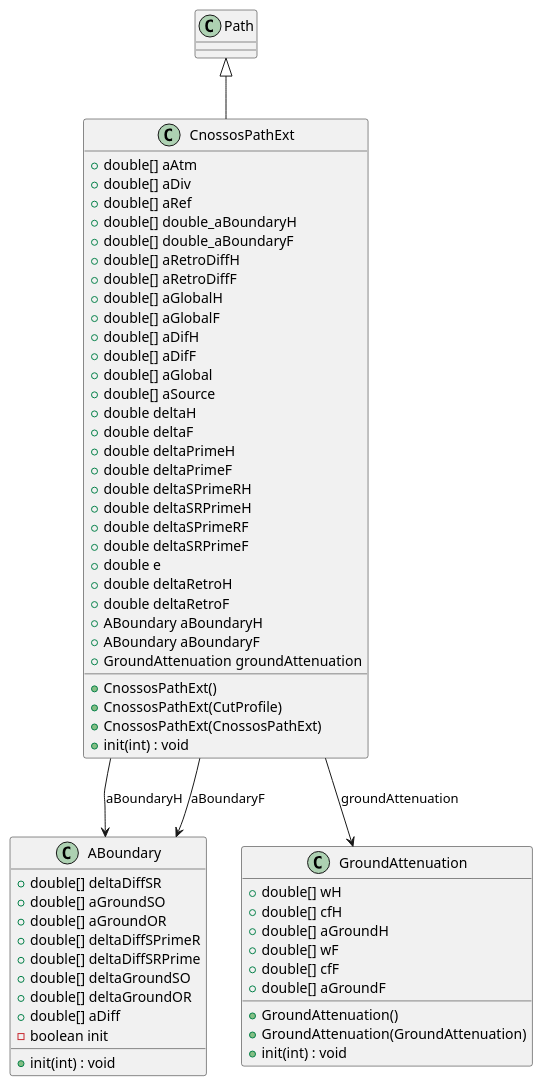
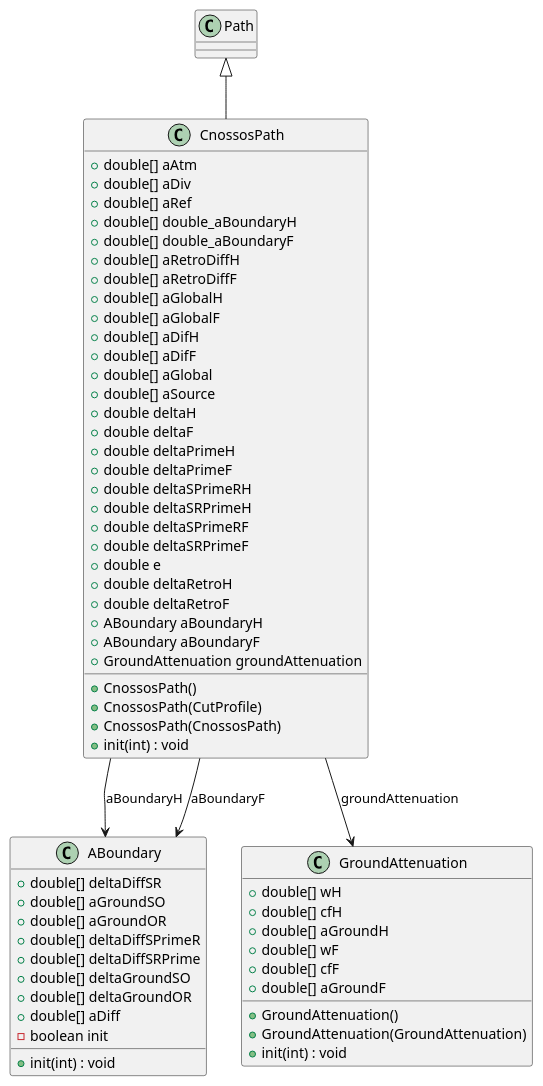
Before and after one commit to jtagusari/NoiseModelling: diagram 11 of 12 in Docs-dev/propagation_algorithms.md, drawn with PlantUML. The commit also changed other lines of this file and 9 other files, not shown here.

````diff
--- a/Docs-dev/propagation_algorithms.md
+++ b/Docs-dev/propagation_algorithms.md
@@ -680,72 +680,72 @@
 ```plantuml
 @startuml
-class CnossosPathExt extends Path {
+class CnossosPath extends Path {
   + double[] aAtm
   + double[] aDiv
   + double[] aRef
   + double[] double_aBoundaryH
   + double[] double_aBoundaryF
   + double[] aRetroDiffH
   + double[] aRetroDiffF
   + double[] aGlobalH
   + double[] aGlobalF
   + double[] aDifH
   + double[] aDifF
   + double[] aGlobal
   + double[] aSource
   + double deltaH
   + double deltaF
   + double deltaPrimeH
   + double deltaPrimeF
   + double deltaSPrimeRH
   + double deltaSRPrimeH
   + double deltaSPrimeRF
   + double deltaSRPrimeF
   + double e
   + double deltaRetroH
   + double deltaRetroF
   + ABoundary aBoundaryH
   + ABoundary aBoundaryF
   + GroundAttenuation groundAttenuation
   
-  + CnossosPathExt()
-  + CnossosPathExt(CutProfile)
-  + CnossosPathExt(CnossosPathExt)
+  + CnossosPath()
+  + CnossosPath(CutProfile)
+  + CnossosPath(CnossosPath)
   + init(int) : void
 }
 
 class ABoundary {
   + double[] deltaDiffSR
   + double[] aGroundSO
   + double[] aGroundOR
   + double[] deltaDiffSPrimeR
   + double[] deltaDiffSRPrime
   + double[] deltaGroundSO
   + double[] deltaGroundOR
   + double[] aDiff
   - boolean init
   
   + init(int) : void
 }
 
 class GroundAttenuation {
   + double[] wH
   + double[] cfH
   + double[] aGroundH
   + double[] wF
   + double[] cfF
   + double[] aGroundF
   
   + GroundAttenuation()
   + GroundAttenuation(GroundAttenuation)
   + init(int) : void
 }
 
 class Path {}
 
-CnossosPathExt --> ABoundary : aBoundaryH
-CnossosPathExt --> ABoundary : aBoundaryF
-CnossosPathExt --> GroundAttenuation : groundAttenuation
+CnossosPath --> ABoundary : aBoundaryH
+CnossosPath --> ABoundary : aBoundaryF
+CnossosPath --> GroundAttenuation : groundAttenuation
 
 @enduml
 ```
````
